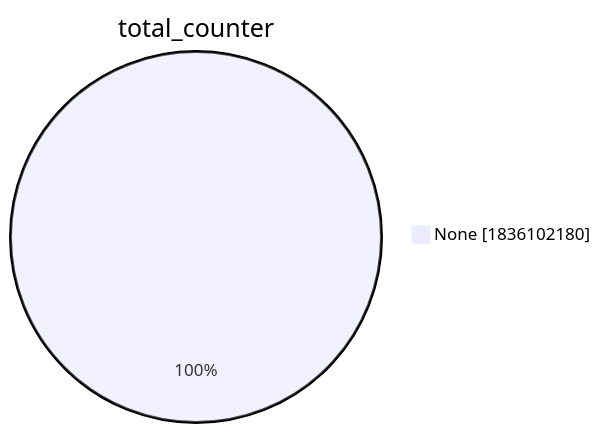
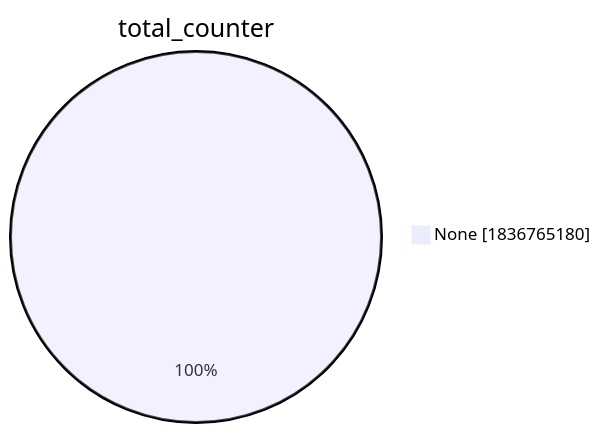
Before and after one commit to christiankrug/ctmonitor_visualization: the second of 15 diagrams in xenon2022/README.md, drawn with Mermaid. The commit also changed other lines of this file, not shown here.

````diff
--- a/xenon2022/README.md
+++ b/xenon2022/README.md
@@ -9,5 +9,5 @@
 ```mermaid
 pie showData
 title total_counter
-"None" :1836102180
+"None" :1836765180
 ```
````
